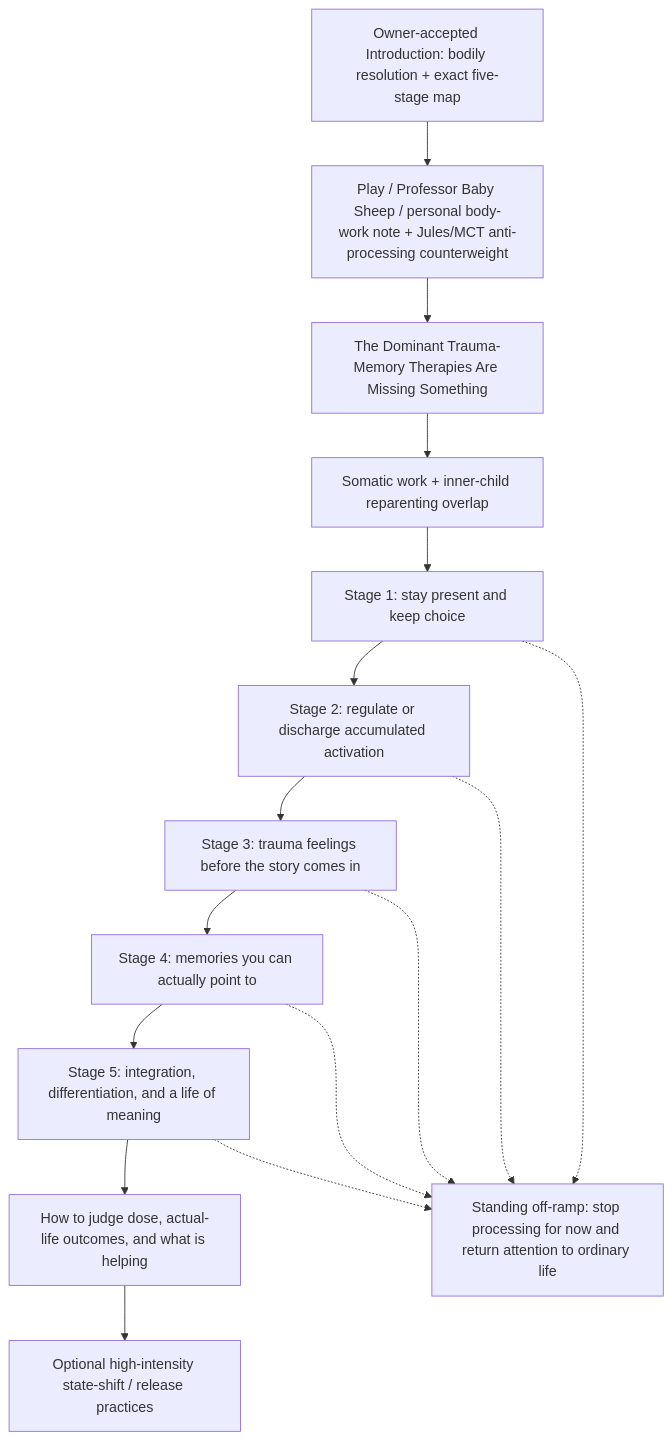
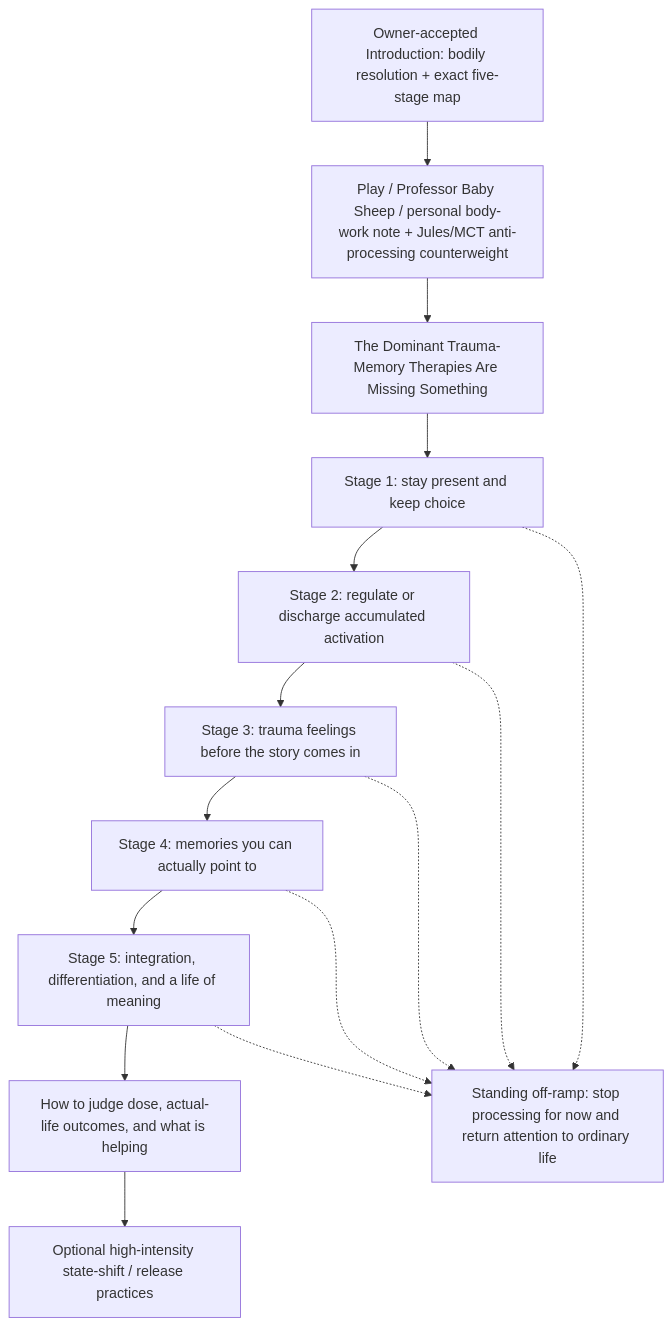
One commit to u-dont-existDOTcom/joel-articles changed the diagram in articles/somatic-therapies/ARCHITECTURE.md. Above: the diagram before and after it, drawn with Mermaid. The commit also changed other lines of this file, not shown here.

Commit message:
Retire inner-child overlap section and route functions into stages

````diff
--- a/articles/somatic-therapies/ARCHITECTURE.md
+++ b/articles/somatic-therapies/ARCHITECTURE.md
@@ -8,18 +8,17 @@
 ```mermaid
 flowchart TD
     A[Owner-accepted Introduction: bodily resolution + exact five-stage map] --> B[Play / Professor Baby Sheep / personal body-work note + Jules/MCT anti-processing counterweight]
     B --> C[The Dominant Trauma-Memory Therapies Are Missing Something]
-    C --> E[Somatic work + inner-child reparenting overlap]
-    E --> S1[Stage 1: stay present and keep choice]
+    C --> S1[Stage 1: stay present and keep choice]
     S1 --> S2[Stage 2: regulate or discharge accumulated activation]
     S2 --> S3[Stage 3: trauma feelings before the story comes in]
     S3 --> S4[Stage 4: memories you can actually point to]
     S4 --> S5[Stage 5: integration, differentiation, and a life of meaning]
     S5 --> H[How to judge dose, actual-life outcomes, and what is helping]
     H --> X[Optional high-intensity state-shift / release practices]
     S1 -.-> O[Standing off-ramp: stop processing for now and return attention to ordinary life]
     S2 -.-> O
     S3 -.-> O
     S4 -.-> O
     S5 -.-> O
 ```
````
